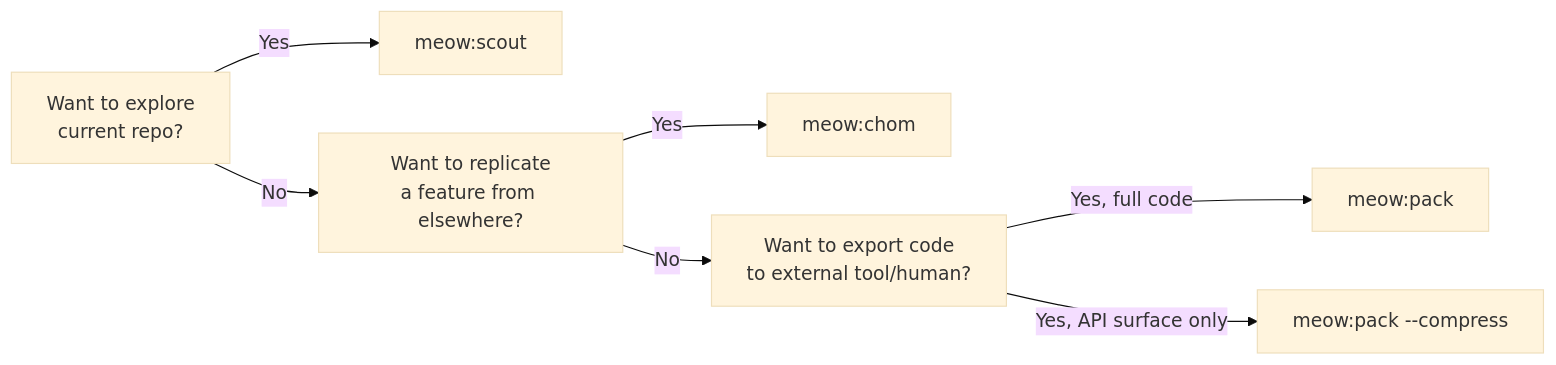
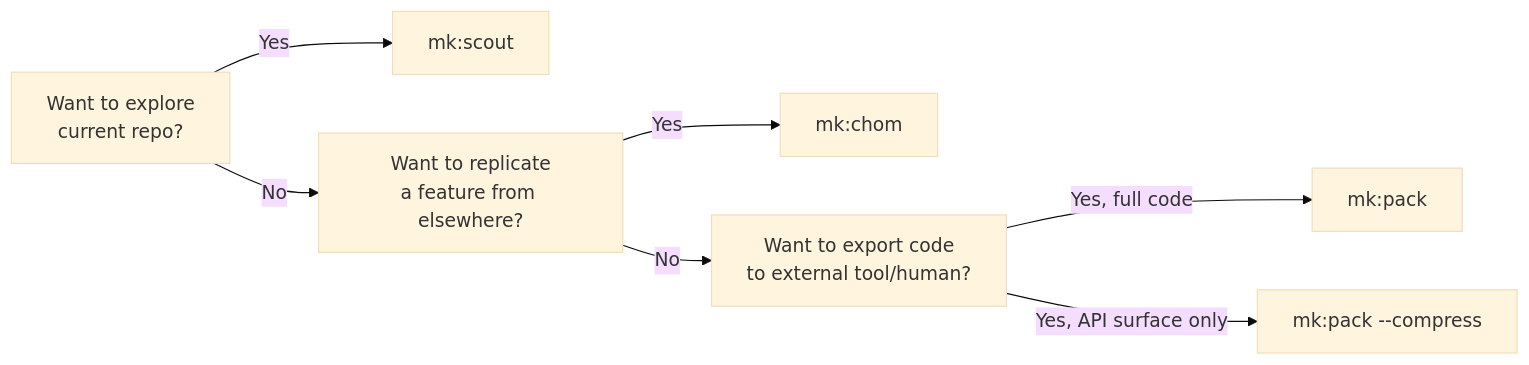
One commit to ngocsangyem/MeowKit changed the diagram in website/guide/whats-new/v2.3.12.md. Above: the diagram before and after it, drawn with Mermaid (base theme). The commit also changed other lines of this file and 1235 other files, not shown here.

````diff
--- a/website/guide/whats-new/v2.3.12.md
+++ b/website/guide/whats-new/v2.3.12.md
@@ -54,9 +54,9 @@
 ```mermaid
 flowchart LR
-    A[Want to explore<br/>current repo?] -->|Yes| S[meow:scout]
+    A[Want to explore<br/>current repo?] -->|Yes| S[mk:scout]
     A -->|No| B[Want to replicate<br/>a feature from elsewhere?]
-    B -->|Yes| C[meow:chom]
+    B -->|Yes| C[mk:chom]
     B -->|No| D[Want to export code<br/>to external tool/human?]
-    D -->|Yes, full code| P1[meow:pack]
-    D -->|Yes, API surface only| P2[meow:pack --compress]
+    D -->|Yes, full code| P1[mk:pack]
+    D -->|Yes, API surface only| P2[mk:pack --compress]
 ```
````
